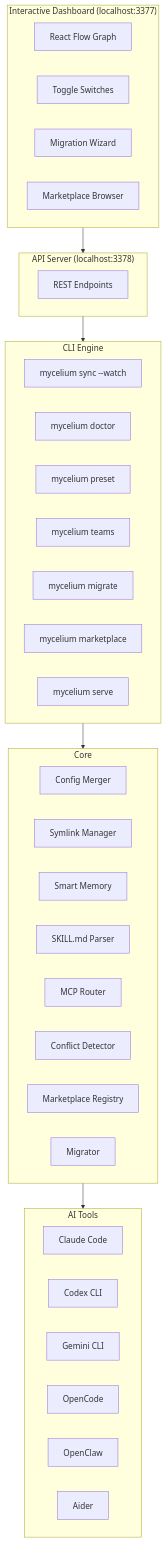
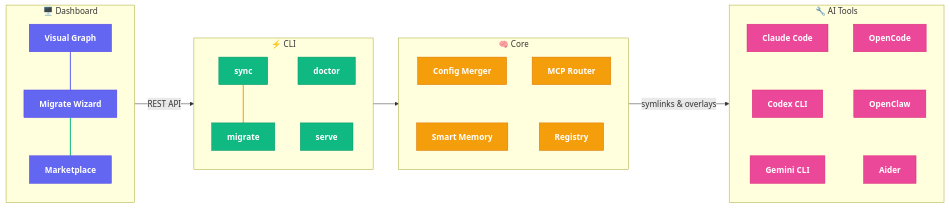
The diagram in README.md (bytemines/mycelium), drawn with Mermaid before and after one commit. The commit also changed other lines of this file and 22 other files, not shown here.

````diff
--- a/README.md
+++ b/README.md
@@ -11,48 +23,43 @@
 ```mermaid
-graph TD
-    subgraph Dashboard["Interactive Dashboard (localhost:3377)"]
-        Graph["React Flow Graph"]
-        Toggle["Toggle Switches"]
-        Migrate["Migration Wizard"]
-        Market["Marketplace Browser"]
+graph LR
+    subgraph Dashboard["🖥️ Dashboard"]
+        direction TB
+        Graph["Visual Graph"] ~~~ Wizard["Migrate Wizard"] ~~~ Browser["Marketplace"]
     end
 
-    subgraph CLI["CLI Engine"]
-        Sync["mycelium sync --watch"]
-        Doctor["mycelium doctor"]
-        Presets["mycelium preset"]
-        Teams["mycelium teams"]
-        MigrateCmd["mycelium migrate"]
-        MarketCmd["mycelium marketplace"]
-        ServeCmd["mycelium serve"]
+    subgraph CLI["⚡ CLI"]
+        direction TB
+        Sync["sync"] ~~~ Migrate["migrate"]
+        Doctor["doctor"] ~~~ Serve["serve"]
     end
 
-    subgraph Core["Core"]
-        ConfigMerge["Config Merger"]
-        Symlinks["Symlink Manager"]
-        MemoryEngine["Smart Memory"]
-        SkillParser["SKILL.md Parser"]
-        MCPRouter["MCP Router"]
-        ConflictDet["Conflict Detector"]
-        Registry["Marketplace Registry"]
-        Migrator["Migrator"]
+    subgraph Core["🧠 Core"]
+        direction TB
+        Merger["Config Merger"] ~~~ Memory["Smart Memory"]
+        Router["MCP Router"] ~~~ Registry["Registry"]
     end
 
-    subgraph API["API Server (localhost:3378)"]
-        REST["REST Endpoints"]
+    subgraph Tools["🔧 AI Tools"]
+        direction TB
+        CC["Claude Code"] ~~~ CX["Codex CLI"] ~~~ GM["Gemini CLI"]
+        OC["OpenCode"] ~~~ OW["OpenClaw"] ~~~ AI["Aider"]
     end
 
-    subgraph Tools["AI Tools"]
-        CC["Claude Code"]
-        CX["Codex CLI"]
-        GM["Gemini CLI"]
-        OC["OpenCode"]
-        OW["OpenClaw"]
-        AI["Aider"]
-    end
+    Dashboard -- REST API --> CLI
+    CLI --> Core
+    Core -- symlinks & overlays --> Tools
 
-    Dashboard --> API
-    API --> CLI
-    CLI --> Core
-    Core --> Tools
+    classDef dashboard fill:#6366f1,stroke:#4f46e5,color:#fff,font-weight:bold
+    classDef cli fill:#10b981,stroke:#059669,color:#fff,font-weight:bold
+    classDef core fill:#f59e0b,stroke:#d97706,color:#fff,font-weight:bold
+    classDef tools fill:#ec4899,stroke:#db2777,color:#fff,font-weight:bold
+
+    class Graph,Wizard,Browser dashboard
+    class Sync,Doctor,Migrate,Serve cli
+    class Merger,Memory,Router,Registry core
+    class CC,CX,GM,OC,OW,AI tools
+
+    linkStyle 0 stroke:#6366f1,stroke-width:2px
+    linkStyle 1 stroke:#10b981,stroke-width:2px
+    linkStyle 2 stroke:#f59e0b,stroke-width:2px
 ```
````
